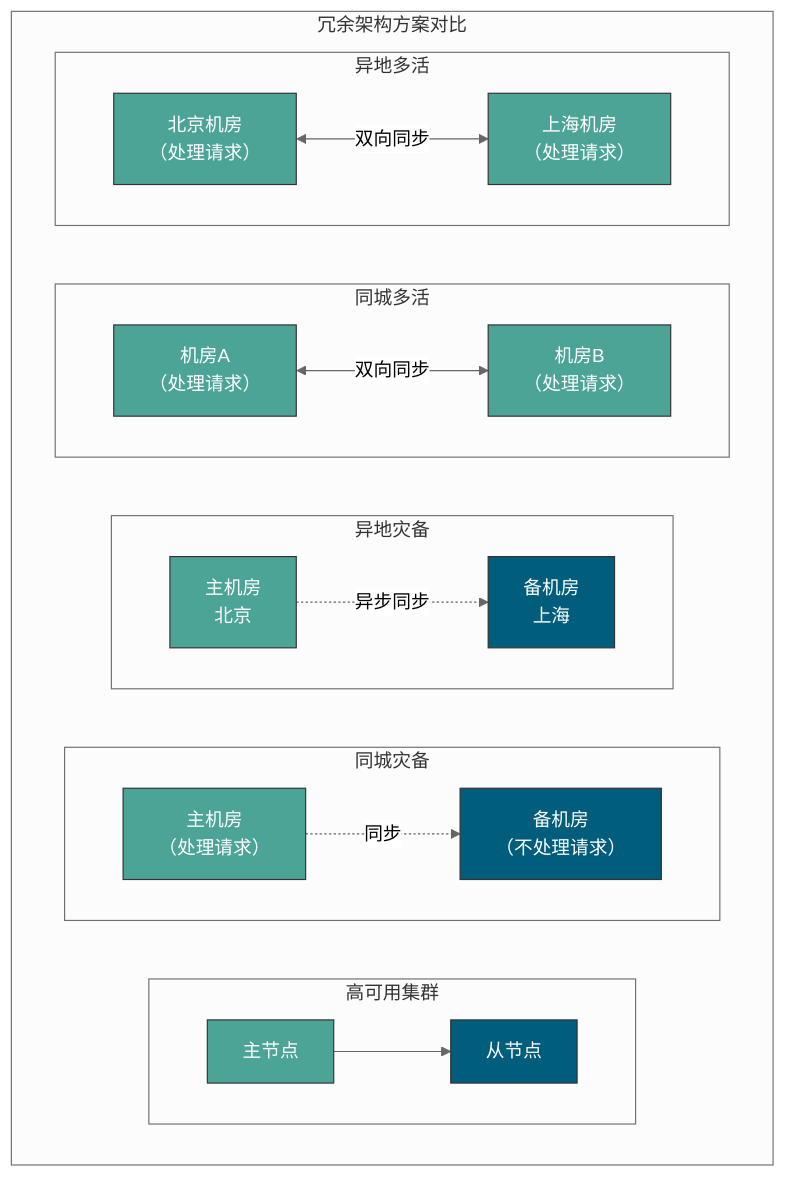
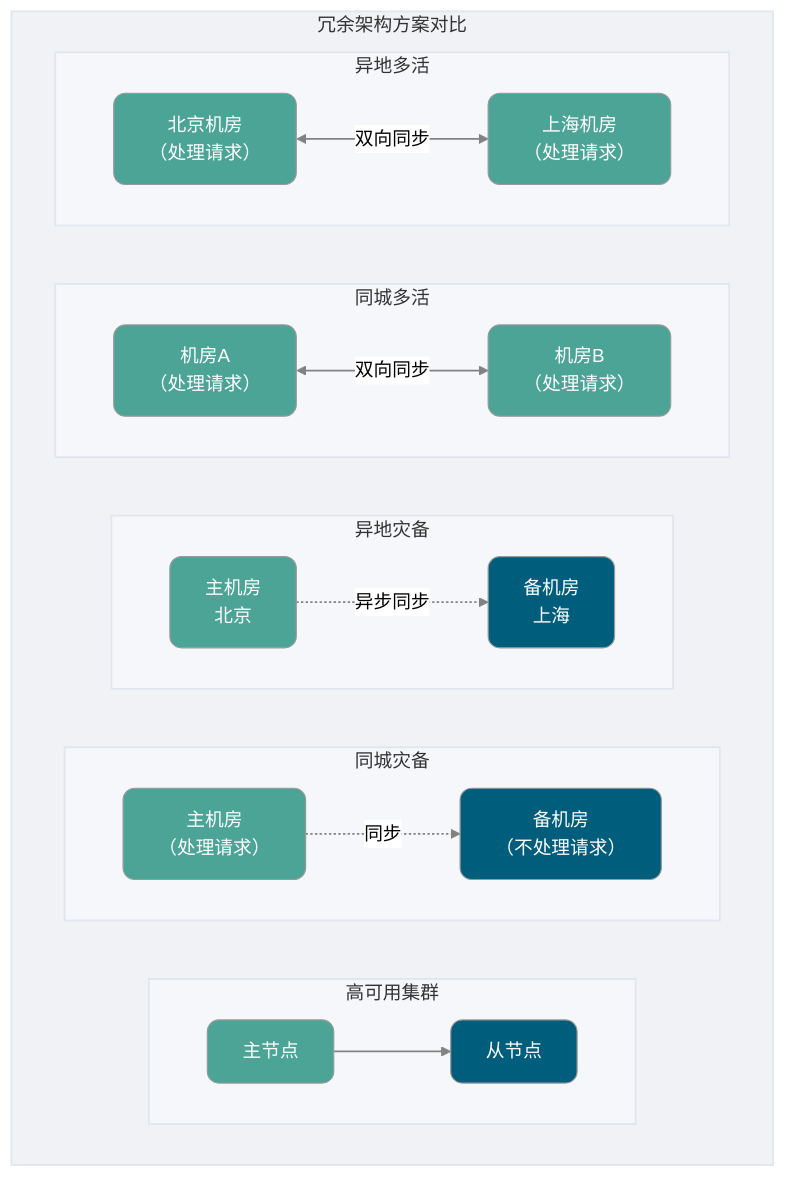
One commit to Snailclimb/JavaGuide changed the second of 2 diagrams in docs/high-availability/redundancy.md. Above: the diagram before and after it, drawn with Mermaid (neutral theme). The commit also changed other lines of this file and 7 other files, not shown here.

Commit message:
docs：mermaid 配图样式优化

````diff
--- a/docs/high-availability/redundancy.md
+++ b/docs/high-availability/redundancy.md
@@ -68,37 +71,45 @@
 ```mermaid
 flowchart TB
   subgraph Grid["冗余架构方案对比"]
     direction LR
+    style Grid fill:#F0F2F5,stroke:#E0E6ED,stroke-width:1.5px
 
     subgraph HACluster["高可用集群"]
       direction LR
+      style HACluster fill:#F5F7FA,stroke:#E0E6ED,stroke-width:1.5px
       A1["主节点"] --> A2["从节点"]
     end
 
     subgraph LocalDR["同城灾备"]
       direction LR
+      style LocalDR fill:#F5F7FA,stroke:#E0E6ED,stroke-width:1.5px
       B1["主机房<br/>（处理请求）"] -.->|"同步"| B2["备机房<br/>（不处理请求）"]
     end
 
     subgraph RemoteDR["异地灾备"]
       direction LR
+      style RemoteDR fill:#F5F7FA,stroke:#E0E6ED,stroke-width:1.5px
       C1["主机房<br/>北京"] -.->|"异步同步"| C2["备机房<br/>上海"]
     end
 
     subgraph LocalActive["同城多活"]
       direction LR
+      style LocalActive fill:#F5F7FA,stroke:#E0E6ED,stroke-width:1.5px
       D1["机房A<br/>（处理请求）"] <-->|"双向同步"| D2["机房B<br/>（处理请求）"]
     end
 
     subgraph RemoteActive["异地多活"]
       direction LR
+      style RemoteActive fill:#F5F7FA,stroke:#E0E6ED,stroke-width:1.5px
       E1["北京机房<br/>（处理请求）"] <-->|"双向同步"| E2["上海机房<br/>（处理请求）"]
     end
   end
 
-  classDef core fill:#4CA497,stroke:#333,color:#fff
-  classDef external fill:#005D7B,stroke:#333,color:#fff
+  classDef core fill:#4CA497,color:#fff,rx:10,ry:10
+  classDef external fill:#005D7B,color:#fff,rx:10,ry:10
 
   class A1,B1,C1,D1,D2,E1,E2 core
   class A2,B2,C2 external
+
+  linkStyle default stroke-width:1.5px,opacity:0.8
 ```
````
